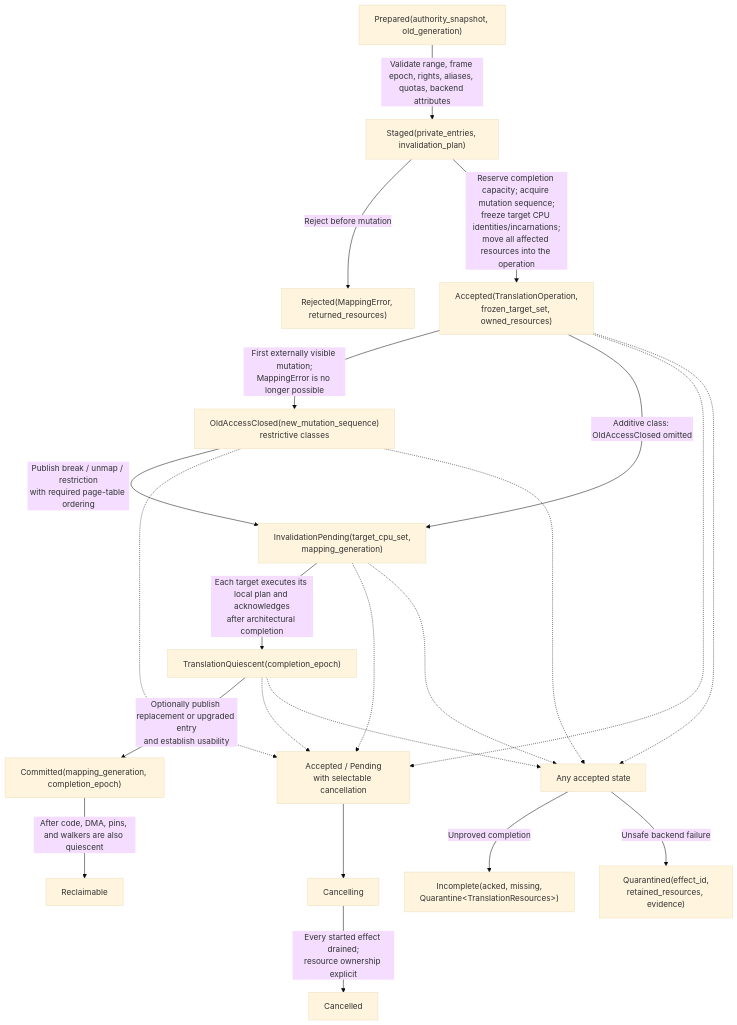
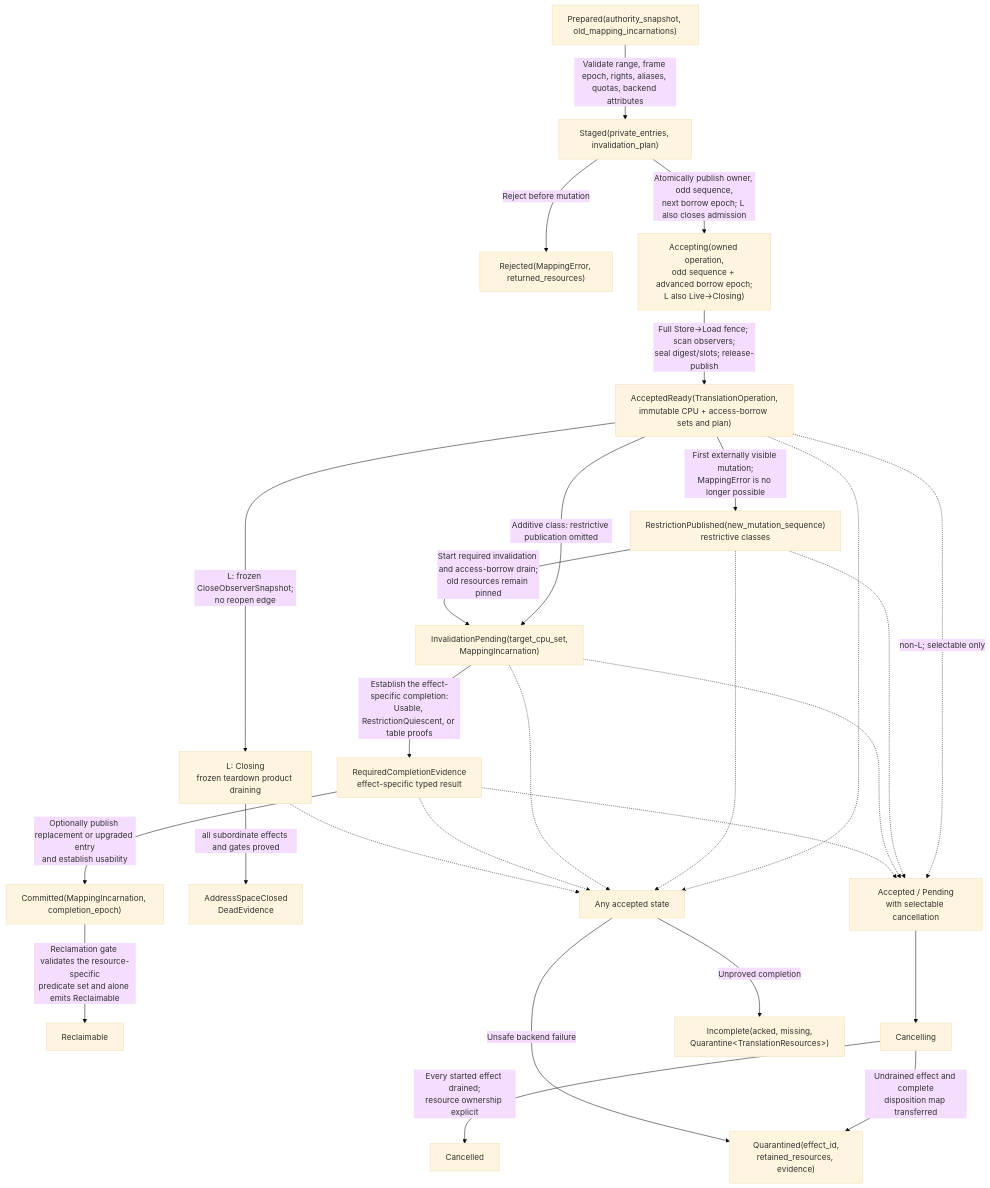
Before and after one commit to pcharbon70/atom-os-research: the third of 3 diagrams in 20-notes/kernel-hardware-and-architecture-components/address-translation-and-protection-transitions.md, drawn with Mermaid (base theme). The commit also changed other lines of this file and 43 other files, not shown here.

Commit message:
research: deepen address translation architecture

````diff
--- a/20-notes/kernel-hardware-and-architecture-components/address-translation-and-protection-transitions.md
+++ b/20-notes/kernel-hardware-and-architecture-components/address-translation-and-protection-transitions.md
@@ -250,42 +1200,50 @@
 ```mermaid
 flowchart TB
-  transaction_prepared["Prepared(authority_snapshot, old_generation)"]
+  transaction_prepared["Prepared(authority_snapshot, old_mapping_incarnations)"]
   transaction_staged["Staged(private_entries, invalidation_plan)"]
   transaction_rejected["Rejected(MappingError, returned_resources)"]
-  transaction_accepted["Accepted(TranslationOperation,<br/>frozen_target_set, owned_resources)"]
-  transaction_access_closed["OldAccessClosed(new_mutation_sequence)<br/>restrictive classes"]
-  transaction_invalidation_pending["InvalidationPending(target_cpu_set,<br/>mapping_generation)"]
-  transaction_quiescent["TranslationQuiescent(completion_epoch)"]
-  transaction_committed["Committed(mapping_generation, completion_epoch)"]
+  transaction_accepting["Accepting(owned operation,<br/>odd sequence + advanced borrow epoch;<br/>L also Live→Closing)"]
+  transaction_accepted["AcceptedReady(TranslationOperation,<br/>immutable CPU + access-borrow sets and plan)"]
+  transaction_restriction_published["RestrictionPublished(new_mutation_sequence)<br/>restrictive classes"]
+  transaction_invalidation_pending["InvalidationPending(target_cpu_set,<br/>MappingIncarnation)"]
+  transaction_completion["RequiredCompletionEvidence<br/>effect-specific typed result"]
+  transaction_committed["Committed(MappingIncarnation, completion_epoch)"]
   transaction_reclaimable["Reclaimable"]
+  transaction_close_draining["L: Closing<br/>frozen teardown product draining"]
+  transaction_dead["AddressSpaceClosed<br/>DeadEvidence"]
 
   transaction_prepared -->|"Validate range, frame epoch, rights, aliases, quotas, backend attributes"| transaction_staged
   transaction_staged -->|"Reject before mutation"| transaction_rejected
-  transaction_staged -->|"Reserve completion capacity; acquire mutation sequence;<br/>freeze target CPU identities/incarnations;<br/>move all affected resources into the operation"| transaction_accepted
-  transaction_accepted -->|"First externally visible mutation;<br/>MappingError is no longer possible"| transaction_access_closed
-  transaction_accepted -->|"Additive class: OldAccessClosed omitted"| transaction_invalidation_pending
-  transaction_access_closed -->|"Publish break / unmap / restriction<br/>with required page-table ordering"| transaction_invalidation_pending
-  transaction_invalidation_pending -->|"Each target executes its local plan and acknowledges<br/>after architectural completion"| transaction_quiescent
-  transaction_quiescent -->|"Optionally publish replacement or upgraded entry<br/>and establish usability"| transaction_committed
-  transaction_committed -->|"After code, DMA, pins, and walkers are also quiescent"| transaction_reclaimable
+  transaction_staged -->|"Atomically publish owner, odd sequence,<br/>next borrow epoch; L also closes admission"| transaction_accepting
+  transaction_accepting -->|"Full Store→Load fence; scan observers;<br/>seal digest/slots; release-publish"| transaction_accepted
+  transaction_accepted -->|"First externally visible mutation;<br/>MappingError is no longer possible"| transaction_restriction_published
+  transaction_accepted -->|"Additive class: restrictive publication omitted"| transaction_invalidation_pending
+  transaction_restriction_published -->|"Start required invalidation and access-borrow drain;<br/>old resources remain pinned"| transaction_invalidation_pending
+  transaction_invalidation_pending -->|"Establish the effect-specific completion:<br/>Usable, RestrictionQuiescent, or table proofs"| transaction_completion
+  transaction_completion -->|"Optionally publish replacement or upgraded entry<br/>and establish usability"| transaction_committed
+  transaction_committed -->|"Reclamation gate validates the resource-specific<br/>predicate set and alone emits Reclaimable"| transaction_reclaimable
+  transaction_accepted -->|"L: frozen CloseObserverSnapshot;<br/>no reopen edge"| transaction_close_draining
+  transaction_close_draining -->|"all subordinate effects and gates proved"| transaction_dead
 
   transaction_cancellable["Accepted / Pending<br/>with selectable cancellation"]
   transaction_cancelling["Cancelling"]
   transaction_cancelled["Cancelled"]
   transaction_any_accepted["Any accepted state"]
   transaction_incomplete["Incomplete(acked, missing,<br/>Quarantine&lt;TranslationResources&gt;)"]
   transaction_quarantined["Quarantined(effect_id,<br/>retained_resources, evidence)"]
 
-  transaction_accepted -.-> transaction_cancellable
-  transaction_access_closed -.-> transaction_cancellable
+  transaction_accepted -.->|"non-L; selectable only"| transaction_cancellable
+  transaction_restriction_published -.-> transaction_cancellable
   transaction_invalidation_pending -.-> transaction_cancellable
-  transaction_quiescent -.-> transaction_cancellable
+  transaction_completion -.-> transaction_cancellable
   transaction_cancellable --> transaction_cancelling
   transaction_cancelling -->|"Every started effect drained;<br/>resource ownership explicit"| transaction_cancelled
+  transaction_cancelling -->|"Undrained effect and complete<br/>disposition map transferred"| transaction_quarantined
   transaction_accepted -.-> transaction_any_accepted
-  transaction_access_closed -.-> transaction_any_accepted
+  transaction_restriction_published -.-> transaction_any_accepted
   transaction_invalidation_pending -.-> transaction_any_accepted
-  transaction_quiescent -.-> transaction_any_accepted
+  transaction_completion -.-> transaction_any_accepted
+  transaction_close_draining -.-> transaction_any_accepted
   transaction_any_accepted -->|"Unproved completion"| transaction_incomplete
   transaction_any_accepted -->|"Unsafe backend failure"| transaction_quarantined
 ```
````
